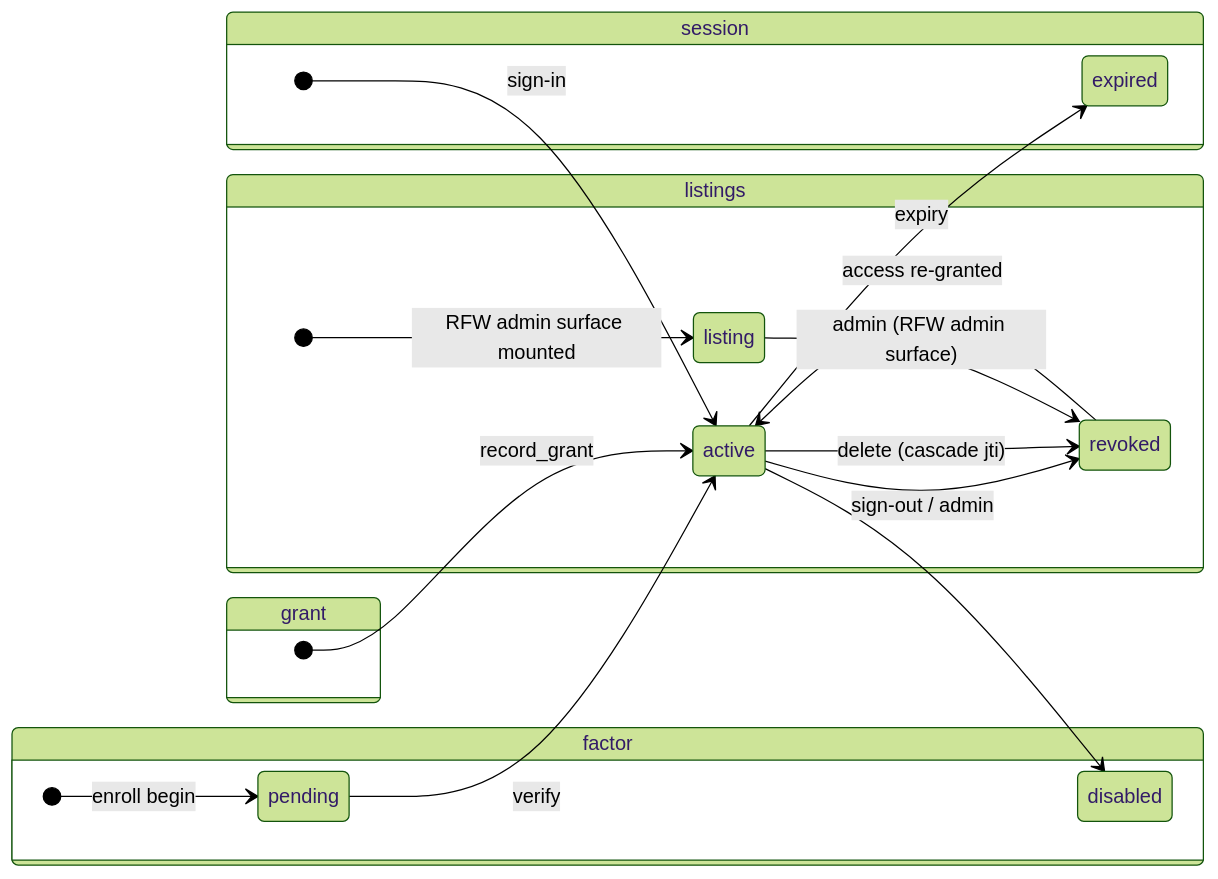
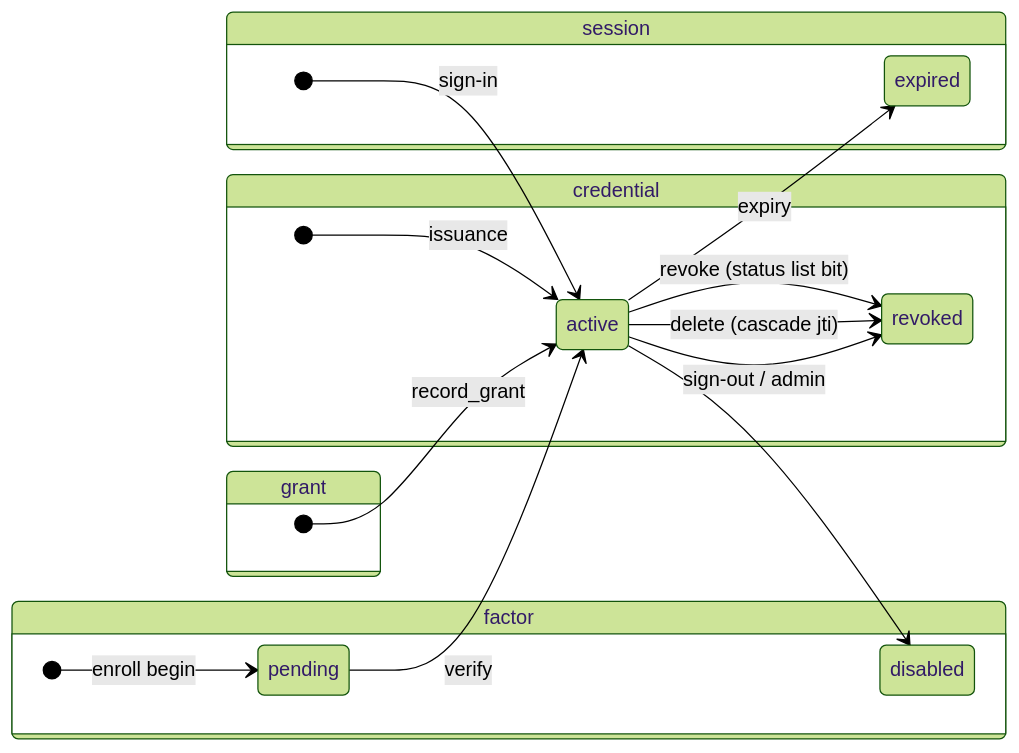
One commit to Sentin8/sentin8-site changed the sixth of 19 diagrams in docs/services/auth/design.md. Above: the diagram before and after it, drawn with Mermaid (forest theme). The commit also changed other lines of this file and 28 other files, not shown here.

````diff
--- a/docs/services/auth/design.md
+++ b/docs/services/auth/design.md
@@ -220,23 +238,22 @@
 ```mermaid
 stateDiagram-v2
     direction LR
     state session {
         [*] --> active: sign-in
         active --> revoked : sign-out / admin
         active --> expired : expiry
     }
     state factor {
         [*] --> pending: enroll begin
         pending --> active: verify
         active --> disabled
     }
     state grant {
         [*] --> active: record_grant
         active --> revoked: delete (cascade jti)
     }
-    state listings {
-        [*] --> listing: RFW admin surface mounted
-        listing --> revoked : admin (RFW admin surface)
-        revoked --> active : access re-granted
+    state credential {
+        [*] --> active: issuance
+        active --> revoked: revoke (status list bit)
     }
 ```
````
